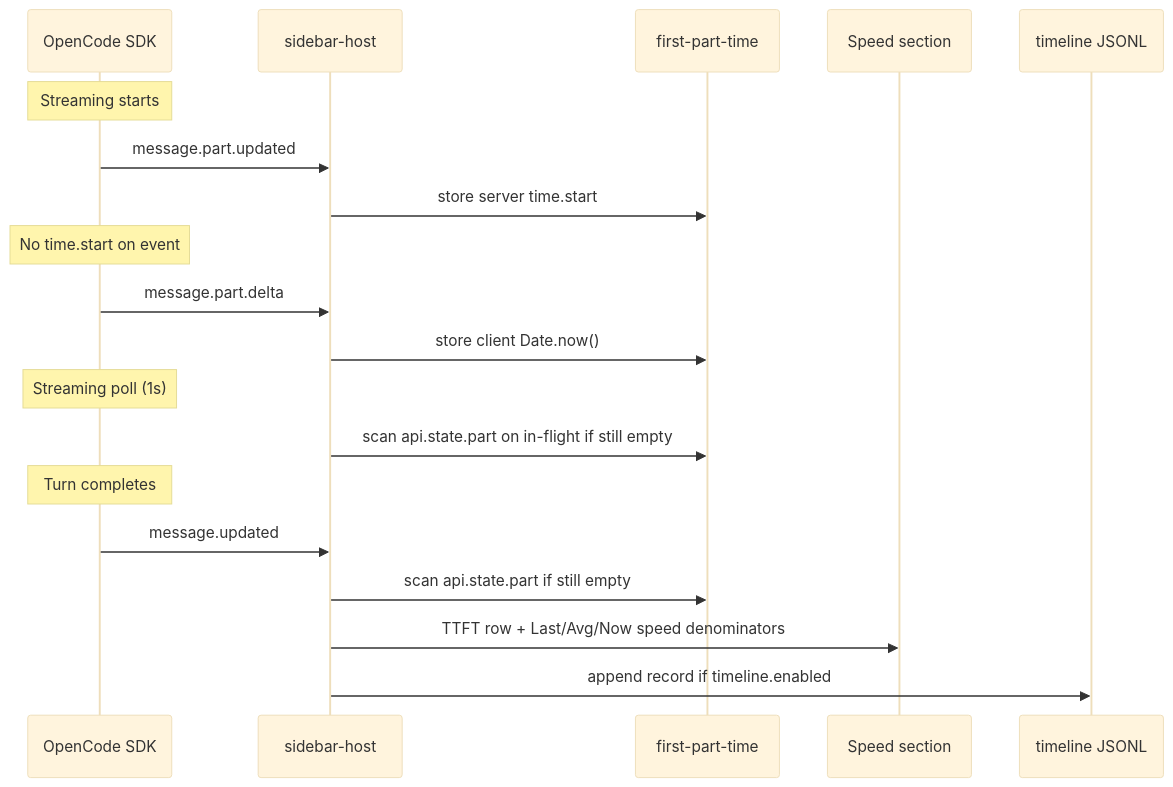
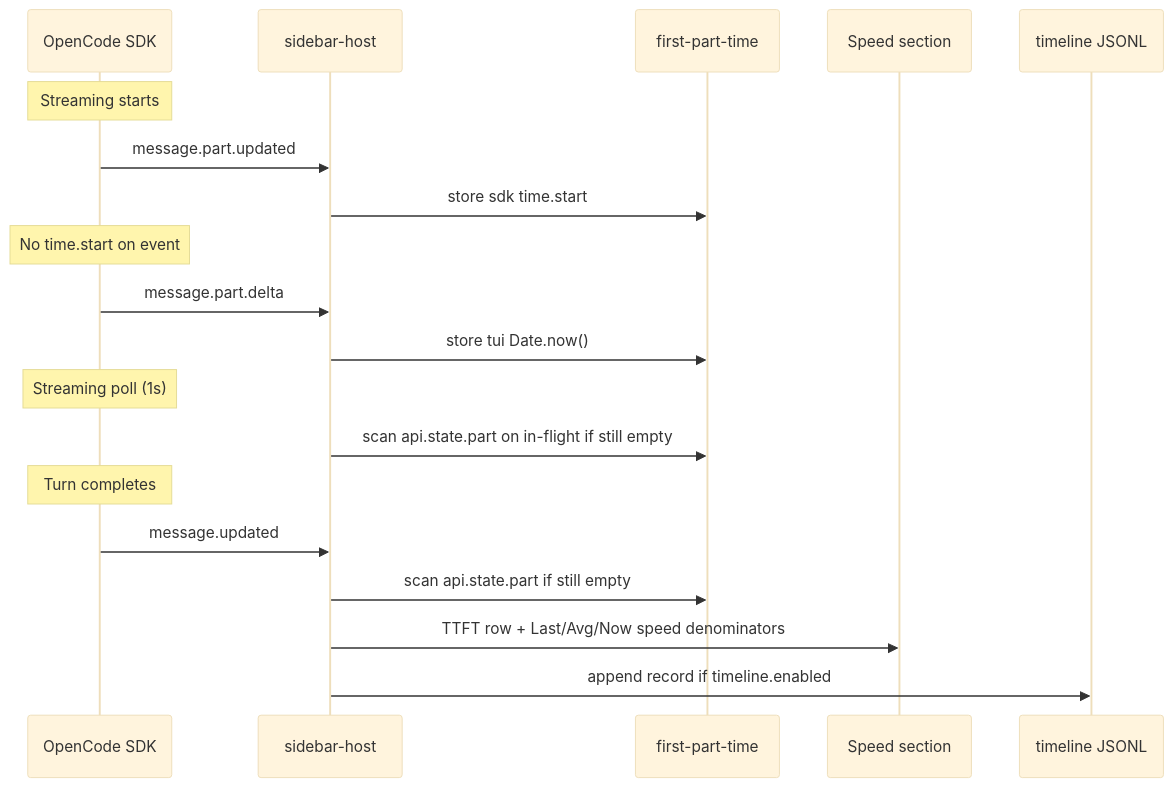
The diagram in docs/en/ttft-hybrid.md (joaomj/opencode-cache-hit-plugin), drawn with Mermaid (base theme) before and after one commit. The commit also changed other lines of this file and 27 other files, not shown here.

````diff
--- a/docs/en/ttft-hybrid.md
+++ b/docs/en/ttft-hybrid.md
@@ -60,25 +62,25 @@
 ```mermaid
 sequenceDiagram
     participant SDK as OpenCode SDK
     participant Host as sidebar-host
     participant Tracker as first-part-time
     participant UI as Speed section
     participant Timeline as timeline JSONL
 
     Note over SDK: Streaming starts
     SDK->>Host: message.part.updated
-    Host->>Tracker: store server time.start
+    Host->>Tracker: store sdk time.start
 
     Note over SDK: No time.start on event
     SDK->>Host: message.part.delta
-    Host->>Tracker: store client Date.now()
+    Host->>Tracker: store tui Date.now()
 
     Note over SDK: Streaming poll (1s)
     Host->>Tracker: scan api.state.part on in-flight if still empty
 
     Note over SDK: Turn completes
     SDK->>Host: message.updated
     Host->>Tracker: scan api.state.part if still empty
     Host->>UI: TTFT row + Last/Avg/Now speed denominators
     Host->>Timeline: append record if timeline.enabled
 ```
````
